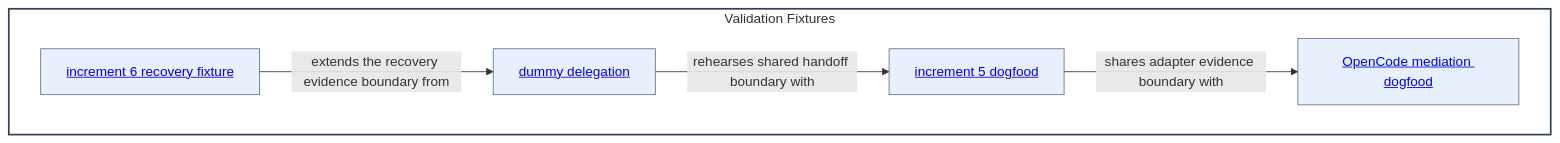
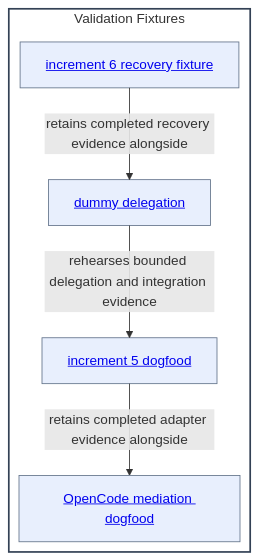
Before and after one commit to abstract-business-systems/as-is: the diagram in validation-fixtures/as-is.md, drawn with Mermaid. The commit also changed other lines of this file and 29 other files, not shown here.

````diff
--- a/validation-fixtures/as-is.md
+++ b/validation-fixtures/as-is.md
@@ -22,19 +24,23 @@
 ```mermaid
+---
+config:
+  layout: elk
+---
 %%{init: {"securityLevel": "loose"}}%%
-flowchart LR
+flowchart TB
     subgraph Fixtures["Validation Fixtures"]
-        direction LR
+        direction TB
         Dummy["<a href='./dummy-delegation/as-is.md#design'>dummy delegation</a>"]
         Increment5["<a href='./increment-5-dogfood/as-is.md#design'>increment 5 dogfood</a>"]
         Increment6["<a href='./increment-6-recovery-fixture/as-is.md#design'>increment 6 recovery fixture</a>"]
         OpenCode["<a href='./opencode-mediation-dogfood/as-is.md#design'>OpenCode mediation dogfood</a>"]
 
-        Dummy -->|rehearses shared handoff boundary with| Increment5
-        Increment5 -->|shares adapter evidence boundary with| OpenCode
-        Increment6 -->|extends the recovery evidence boundary from| Dummy
+        Dummy -->|rehearses bounded delegation and integration evidence| Increment5
+        Increment5 -->|retains completed adapter evidence alongside| OpenCode
+        Increment6 -->|retains completed recovery evidence alongside| Dummy
     end
     classDef component fill:#f8fafc,fill-opacity:0.1,stroke:#334155,stroke-width:2px
     classDef child fill:#2563eb,fill-opacity:0.1,stroke:#64748b,stroke-width:1px
     class Fixtures component
     class Dummy,Increment5,Increment6,OpenCode child
 ```
````
